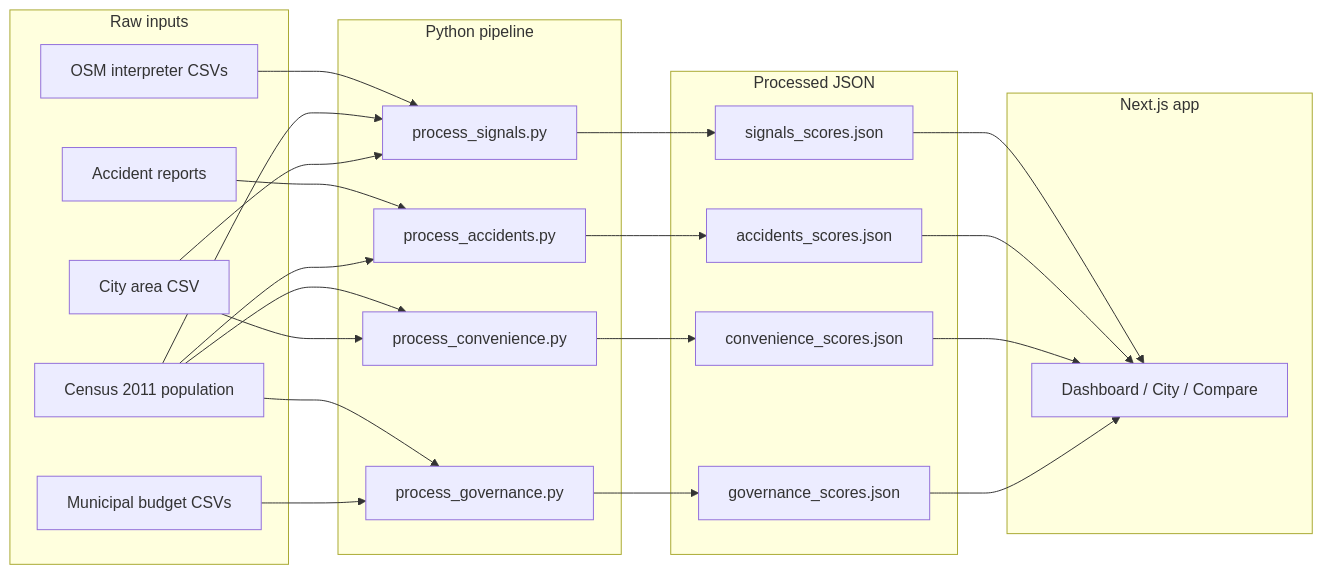
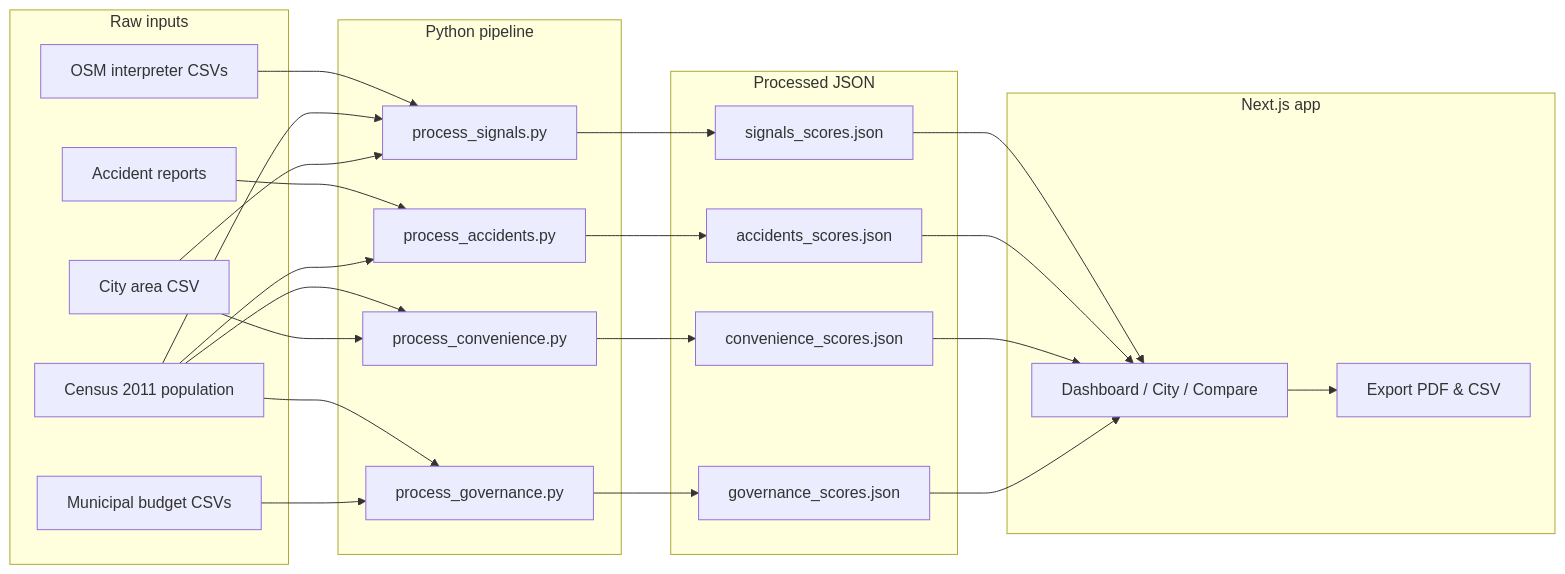
The diagram in README.md (midaksh/Neural-CIty), drawn with Mermaid before and after one commit. The commit also changed other lines of this file and 18 other files, not shown here.

````diff
--- a/README.md
+++ b/README.md
@@ -29,41 +43,43 @@
 ```mermaid
 flowchart LR
   subgraph inputs [Raw inputs]
     OSM[OSM interpreter CSVs]
     ACC[Accident reports]
     GOV[Municipal budget CSVs]
     POP[Census 2011 population]
     AREA[City area CSV]
   end
 
   subgraph pipeline [Python pipeline]
     S1[process_signals.py]
     S2[process_accidents.py]
     S3[process_convenience.py]
     S4[process_governance.py]
   end
 
   subgraph artifacts [Processed JSON]
     J1[signals_scores.json]
     J2[accidents_scores.json]
     J3[convenience_scores.json]
     J4[governance_scores.json]
   end
 
   subgraph app [Next.js app]
     UI[Dashboard / City / Compare]
+    EXP[Export PDF & CSV]
   end
 
   OSM --> S1
   ACC --> S2
   POP --> S1 & S2 & S3 & S4
   AREA --> S1 & S3
   GOV --> S4
 
   S1 --> J1
   S2 --> J2
   S3 --> J3
   S4 --> J4
 
   J1 & J2 & J3 & J4 --> UI
+  UI --> EXP
 ```
````
